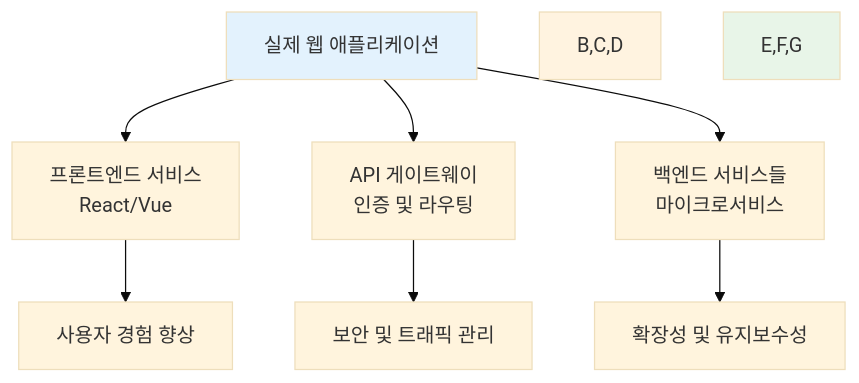
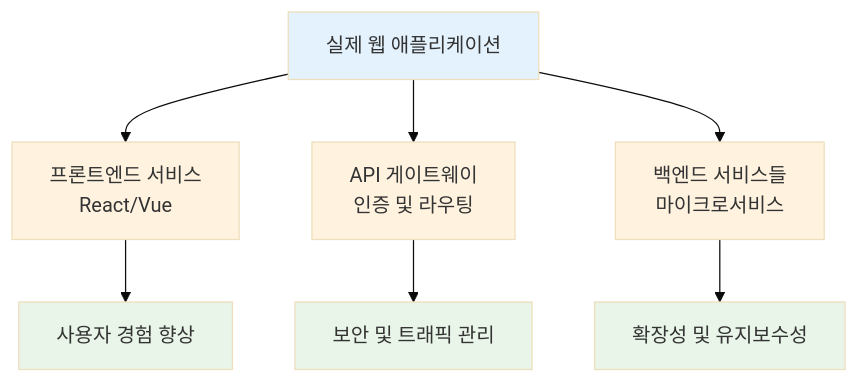
One commit to niceguy61/kdt_devops_lecture_2025 changed the fifth of 5 diagrams in theory/week_02/day1/session_2.md. Above: the diagram before and after it, drawn with Mermaid (base theme). The commit also changed 12 other files, not shown here.

Commit message:
mermaid 수정

````diff
--- a/theory/week_02/day1/session_2.md
+++ b/theory/week_02/day1/session_2.md
@@ -272,14 +272,18 @@
 ```mermaid
 graph TB
     A[실제 웹 애플리케이션] --> B[프론트엔드 서비스<br/>React/Vue]
     A --> C[API 게이트웨이<br/>인증 및 라우팅]
     A --> D[백엔드 서비스들<br/>마이크로서비스]
     
     B --> E[사용자 경험 향상]
     C --> F[보안 및 트래픽 관리]
     D --> G[확장성 및 유지보수성]
     
     style A fill:#e3f2fd
-    style B,C,D fill:#fff3e0
-    style E,F,G fill:#e8f5e8
+    style B fill:#fff3e0
+    style C fill:#fff3e0
+    style D fill:#fff3e0
+    style E fill:#e8f5e8
+    style F fill:#e8f5e8
+    style G fill:#e8f5e8
 ```
````
